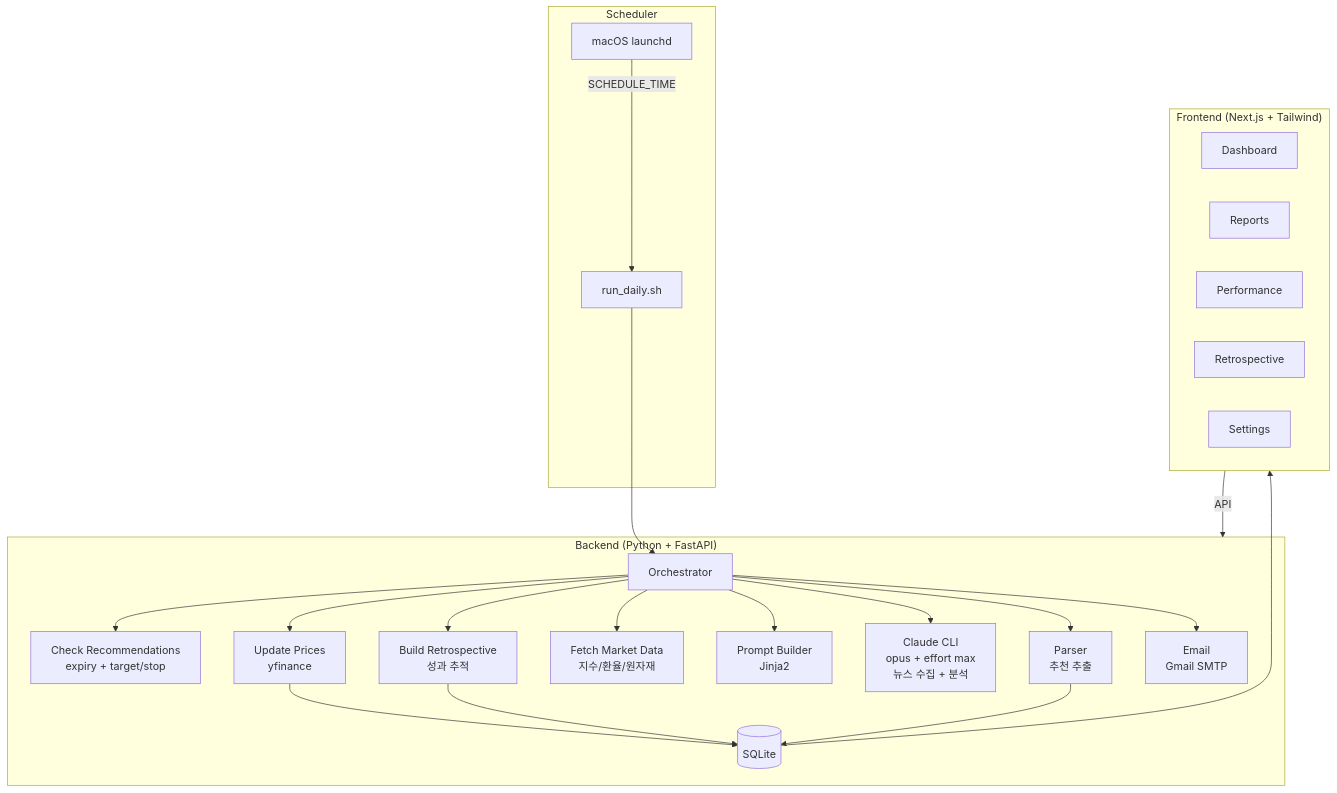
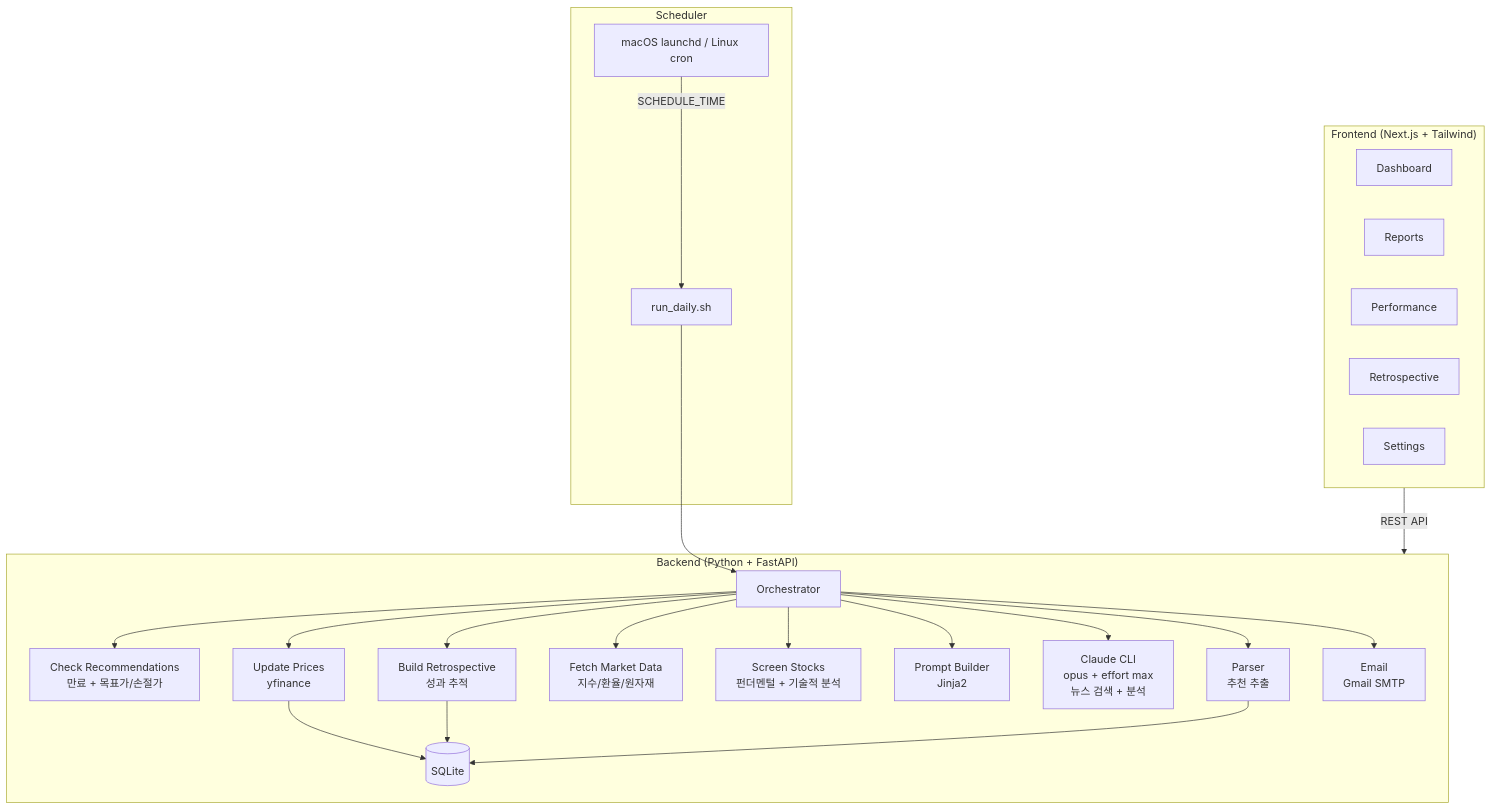
One commit to baba9811/daily-market-report changed the diagram in README.md. Above: the diagram before and after it, drawn with Mermaid. The commit also changed other lines of this file and 5 other files, not shown here.

````diff
--- a/README.md
+++ b/README.md
@@ -37,32 +161,32 @@
 ```mermaid
 graph TB
     subgraph Scheduler
-        L[macOS launchd] -->|SCHEDULE_TIME| S[run_daily.sh]
+        L[macOS launchd / Linux cron] -->|SCHEDULE_TIME| S[run_daily.sh]
     end
 
     subgraph Backend["Backend (Python + FastAPI)"]
         S --> O[Orchestrator]
-        O --> CK[Check Recommendations<br/>expiry + target/stop]
+        O --> CK[Check Recommendations<br/>만료 + 목표가/손절가]
         O --> UP[Update Prices<br/>yfinance]
         O --> RT[Build Retrospective<br/>성과 추적]
         O --> MD[Fetch Market Data<br/>지수/환율/원자재]
+        O --> SC[Screen Stocks<br/>펀더멘털 + 기술적 분석]
         O --> PB[Prompt Builder<br/>Jinja2]
-        O --> C[Claude CLI<br/>opus + effort max<br/>뉴스 수집 + 분석]
+        O --> C[Claude CLI<br/>opus + effort max<br/>뉴스 검색 + 분석]
         O --> PR[Parser<br/>추천 추출]
         O --> E[Email<br/>Gmail SMTP]
         UP --> DB[(SQLite)]
         RT --> DB
         PR --> DB
     end
 
     subgraph Frontend["Frontend (Next.js + Tailwind)"]
         D[Dashboard]
         RP[Reports]
         PF[Performance]
         RS[Retrospective]
         ST[Settings]
     end
 
-    DB --> Frontend
-    Frontend -->|API| Backend
+    Frontend -->|REST API| Backend
 ```
````
